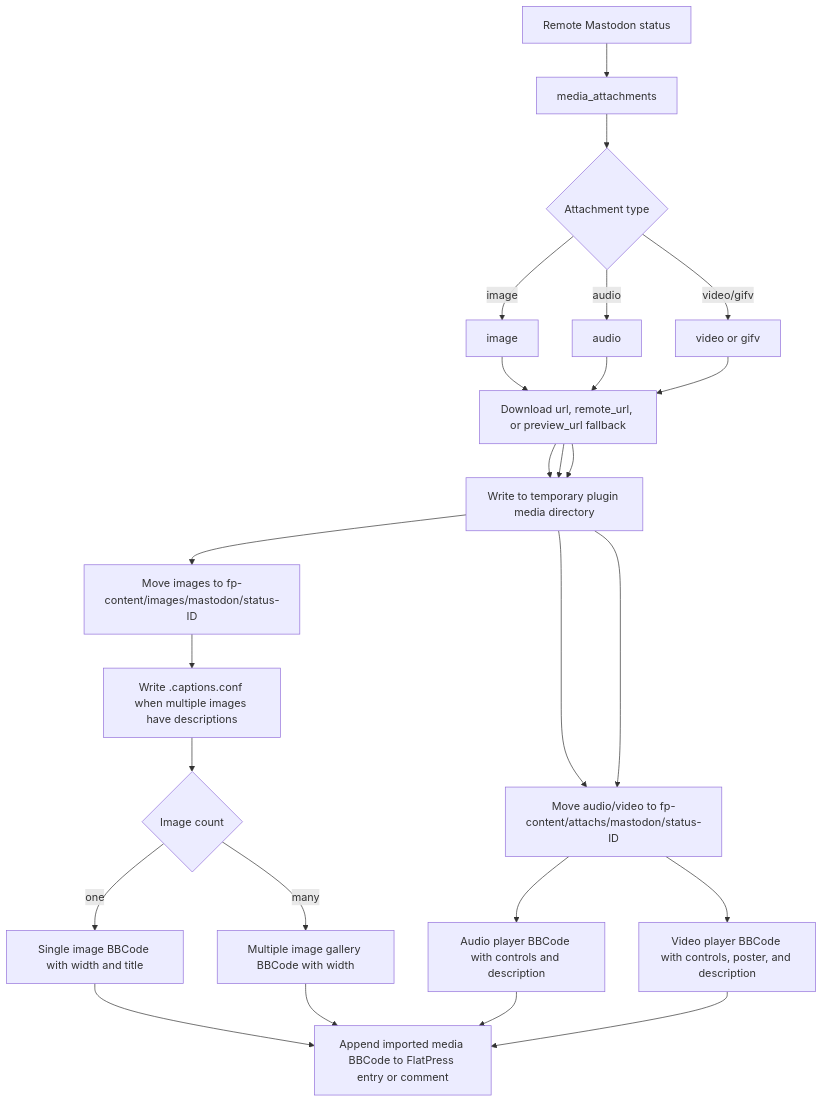
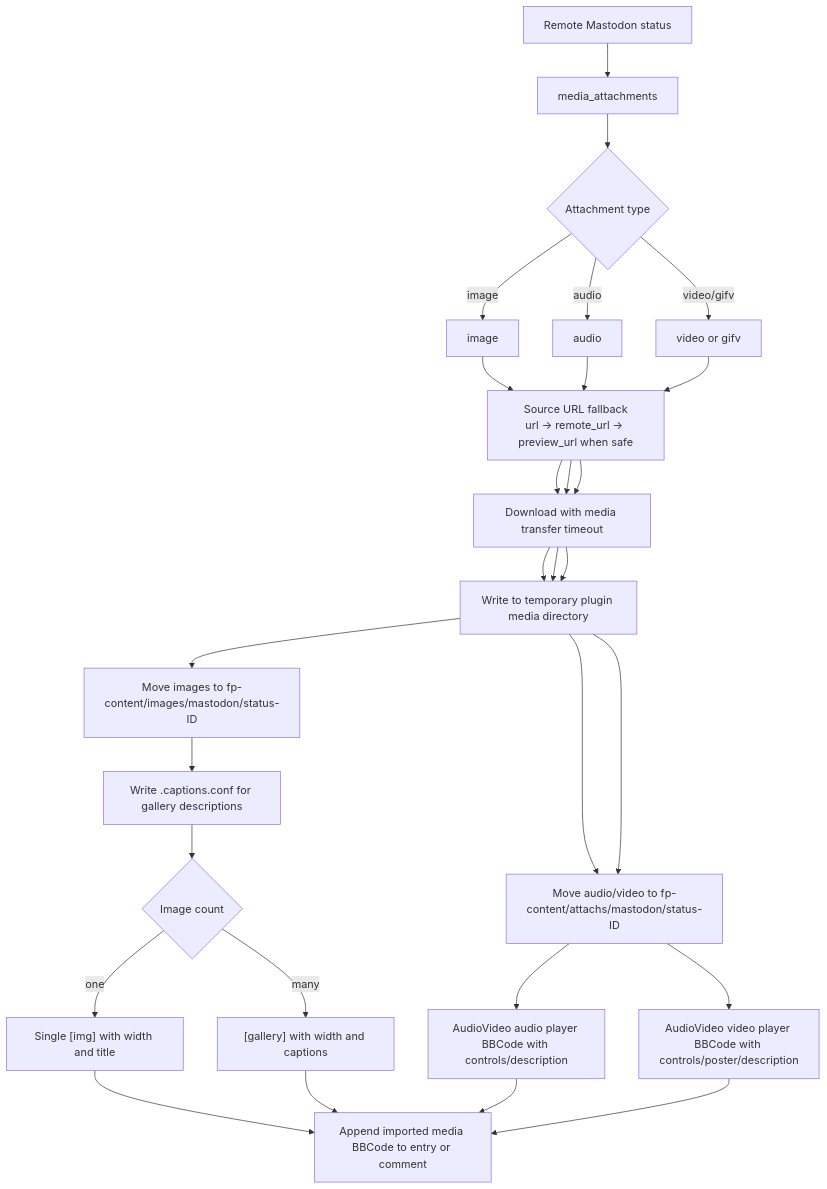
Before and after one commit to flatpressblog/flatpress: diagram 15 of 32 in fp-plugins/mastodon/Plugin-Process-Flow.md, drawn with Mermaid. The commit also changed other lines of this file and 4 other files, not shown here.

````diff
--- a/fp-plugins/mastodon/Plugin-Process-Flow.md
+++ b/fp-plugins/mastodon/Plugin-Process-Flow.md
@@ -269,27 +511,28 @@
 ```mermaid
 flowchart TD
     RemoteStatus["Remote Mastodon status"]
     Attachments["media_attachments"]
     Classify{"Attachment type"}
     Image["image"]
     Audio["audio"]
     Video["video or gifv"]
-    Download["Download url, remote_url, or preview_url fallback"]
+    URLFallback["Source URL fallback<br/>url -> remote_url -> preview_url when safe"]
+    Download["Download with media transfer timeout"]
     Temp["Write to temporary plugin media directory"]
     ImageStore["Move images to fp-content/images/mastodon/status-ID"]
     AttachStore["Move audio/video to fp-content/attachs/mastodon/status-ID"]
-    Captions["Write .captions.conf when multiple images have descriptions"]
+    Captions["Write .captions.conf for gallery descriptions"]
     ImageMarkup{"Image count"}
-    ImgTag["Single image BBCode with width and title"]
-    GalleryTag["Multiple image gallery BBCode with width"]
-    AudioTag["Audio player BBCode with controls and description"]
-    VideoTag["Video player BBCode with controls, poster, and description"]
-    EntryContent["Append imported media BBCode to FlatPress entry or comment"]
+    ImgTag["Single [img] with width and title"]
+    GalleryTag["[gallery] with width and captions"]
+    AudioTag["AudioVideo audio player BBCode with controls/description"]
+    VideoTag["AudioVideo video player BBCode with controls/poster/description"]
+    Content["Append imported media BBCode to entry or comment"]
 
     RemoteStatus --> Attachments --> Classify
-    Classify -- "image" --> Image --> Download --> Temp --> ImageStore --> Captions --> ImageMarkup
-    ImageMarkup -- "one" --> ImgTag --> EntryContent
-    ImageMarkup -- "many" --> GalleryTag --> EntryContent
-    Classify -- "audio" --> Audio --> Download --> Temp --> AttachStore --> AudioTag --> EntryContent
-    Classify -- "video/gifv" --> Video --> Download --> Temp --> AttachStore --> VideoTag --> EntryContent
+    Classify -- "image" --> Image --> URLFallback --> Download --> Temp --> ImageStore --> Captions --> ImageMarkup
+    ImageMarkup -- "one" --> ImgTag --> Content
+    ImageMarkup -- "many" --> GalleryTag --> Content
+    Classify -- "audio" --> Audio --> URLFallback --> Download --> Temp --> AttachStore --> AudioTag --> Content
+    Classify -- "video/gifv" --> Video --> URLFallback --> Download --> Temp --> AttachStore --> VideoTag --> Content
 ```
````
